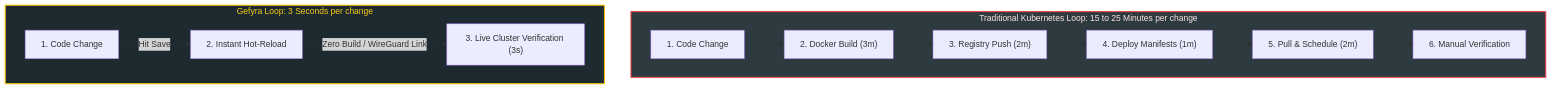
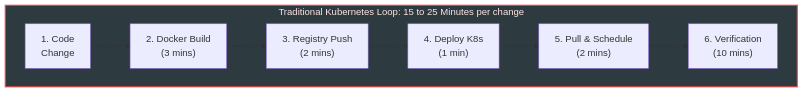
Before and after one commit to gefyrahq/gefyra: the first of 2 diagrams in gefyra-docs/content/en/index.md, drawn with Mermaid. The commit also changed other lines of this file and 37 other files, not shown here.

````diff
--- a/gefyra-docs/content/en/index.md
+++ b/gefyra-docs/content/en/index.md
@@ -75,22 +156,10 @@
 ```mermaid
-flowchart TB
+%%{init: {'themeVariables': { 'fontSize': '18px' }}}%%
+flowchart LR
     subgraph Traditional["Traditional Kubernetes Loop: 15 to 25 Minutes per change"]
         direction LR
-        T1["1. Code Change"] --> T2["2. Docker Build (3m)"]
-        T2 --> T3["3. Registry Push (2m)"]
-        T3 --> T4["4. Deploy Manifests (1m)"]
-        T4 --> T5["5. Pull & Schedule (2m)"]
-        T5 --> T6["6. Manual Verification"]
+        T1["1. Code<br/>Change"] --> T2["2. Docker Build<br/>(3 mins)"] --> T3["3. Registry Push<br/>(2 mins)"] --> T4["4. Deploy K8s<br/>(1 min)"] --> T5["5. Pull & Schedule<br/>(2 mins)"] --> T6["6. Verification<br/>(10 mins)"]
     end
-
-    subgraph GefyraLoop["Gefyra Loop: 3 Seconds per change"]
-        direction LR
-        G1["1. Code Change"] -->|Hit Save| G2["2. Instant Hot-Reload"]
-        G2 -->|Zero Build / WireGuard Link| G3["3. Live Cluster Verification (3s)"]
-    end
-
     classDef trad fill:#2d3b41,stroke:#ef4444,stroke-width:2px,color:#fee2e2;
-    classDef gefyra fill:#1d2a2f,stroke:#f6bc00,stroke-width:2px,color:#facc15;
     class Traditional trad;
-    class GefyraLoop gefyra;
 ```
````
